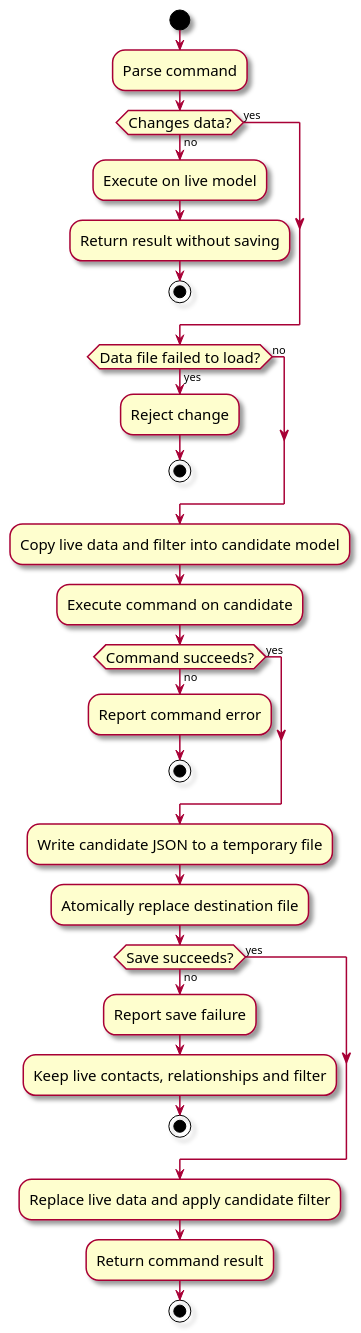
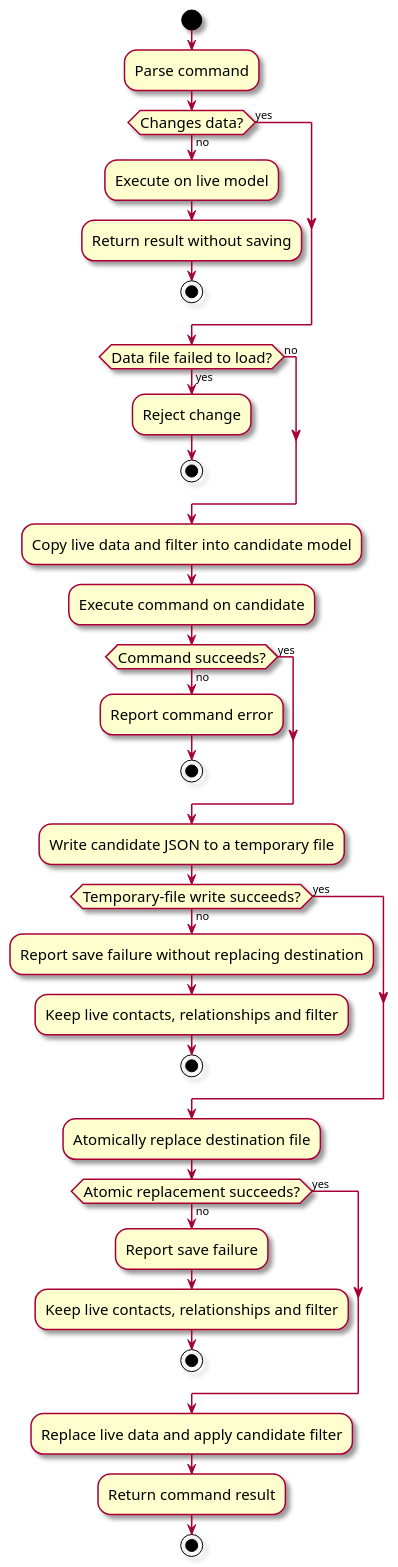
Before and after one commit to AY2627S1-CS2103T-T15-2/tp: the diagram in docs/diagrams/SafeSaveActivityDiagram.puml, drawn with PlantUML.

Commit message:
Separate write and replacement failure paths
The safe-save diagram reaches atomic replacement before checking for a
write failure, although JSON write failures skip replacement entirely.

Show separate decisions for temporary-file writes and atomic replacement
so each failure path explicitly preserves the existing live state.

```diff
--- a/docs/diagrams/SafeSaveActivityDiagram.puml
+++ b/docs/diagrams/SafeSaveActivityDiagram.puml
@@ -1,36 +1,42 @@
 @startuml
 skin rose
 skinparam ActivityFontSize 15
 
 start
 :Parse command;
 if (Changes data?) then (no)
   :Execute on live model;
   :Return result without saving;
   stop
 else (yes)
 endif
 if (Data file failed to load?) then (yes)
   :Reject change;
   stop
 else (no)
 endif
 :Copy live data and filter into candidate model;
 :Execute command on candidate;
 if (Command succeeds?) then (no)
   :Report command error;
   stop
 else (yes)
 endif
 :Write candidate JSON to a temporary file;
+if (Temporary-file write succeeds?) then (no)
+  :Report save failure without replacing destination;
+  :Keep live contacts, relationships and filter;
+  stop
+else (yes)
+endif
 :Atomically replace destination file;
-if (Save succeeds?) then (no)
+if (Atomic replacement succeeds?) then (no)
   :Report save failure;
   :Keep live contacts, relationships and filter;
   stop
 else (yes)
 endif
 :Replace live data and apply candidate filter;
 :Return command result;
 stop
 @enduml
```
